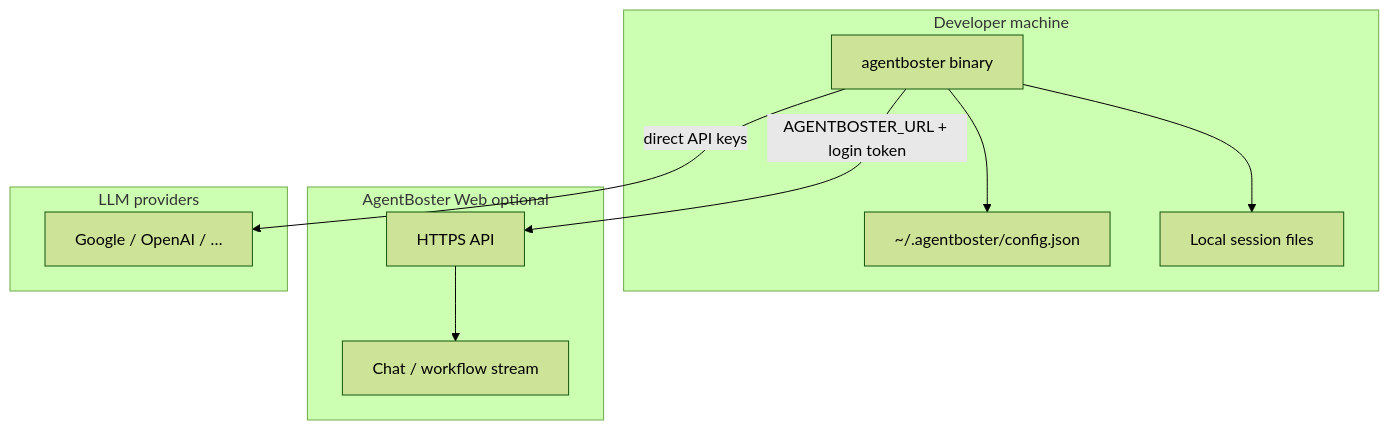
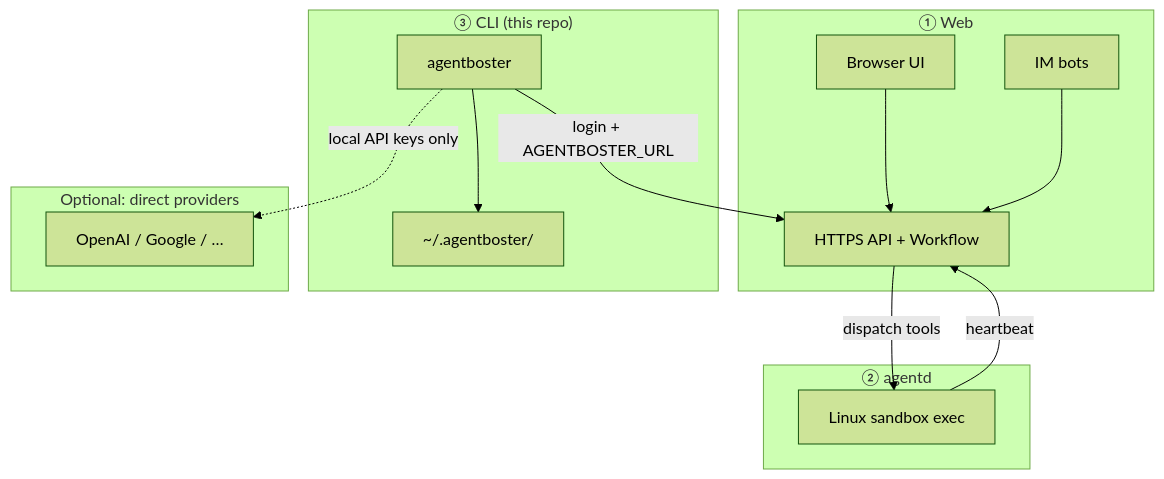
Before and after one commit to NekoSekaiMoe/agentboster: the first of 8 diagrams in cli/README.md, drawn with Mermaid (forest theme). The commit also changed 5 other files, not shown here.

````diff
--- a/cli/README.md
+++ b/cli/README.md
@@ -9,23 +9,29 @@
 ```mermaid
 flowchart TB
-  subgraph local["Developer machine"]
-    BIN["agentboster binary"]
-    CFG["~/.agentboster/config.json"]
-    SESS["Local session files"]
-    BIN --> CFG
-    BIN --> SESS
+  subgraph tier1["① Web"]
+    API["HTTPS API + Workflow"]
+    IM["IM bots"]
+    UI["Browser UI"]
+    UI --> API
+    IM --> API
   end
 
-  subgraph remote["AgentBoster Web optional"]
-    API["HTTPS API"]
-    CHAT["Chat / workflow stream"]
+  subgraph tier2["② agentd"]
+    AD["Linux sandbox exec"]
   end
 
-  subgraph providers["LLM providers"]
-    G["Google / OpenAI / …"]
+  subgraph tier3["③ CLI (this repo)"]
+    BIN["agentboster"]
+    CFG["~/.agentboster/"]
+    BIN --> CFG
   end
 
-  BIN -->|"AGENTBOSTER_URL + login token"| API
-  API --> CHAT
-  BIN -->|"direct API keys"| G
+  subgraph local["Optional: direct providers"]
+    G["OpenAI / Google / …"]
+  end
+
+  BIN -->|"login + AGENTBOSTER_URL"| API
+  API -->|"dispatch tools"| AD
+  AD -->|"heartbeat"| API
+  BIN -.->|"local API keys only"| G
 ```
````
